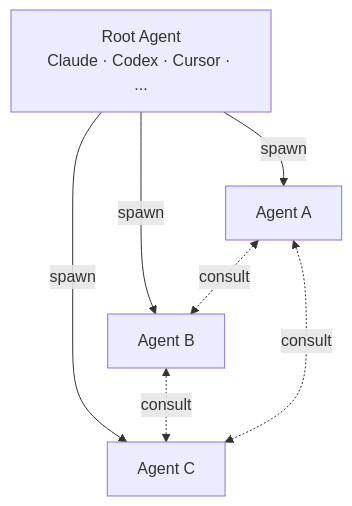
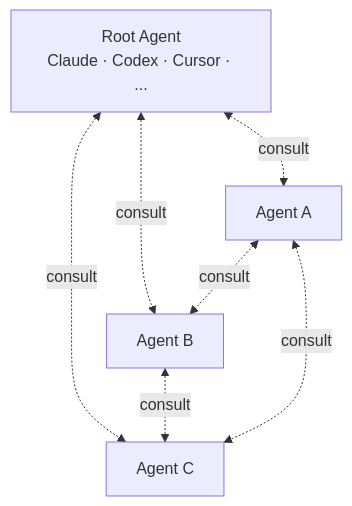
The diagram in docs/index.md (Kord96/kordinate), drawn with Mermaid before and after one commit.

Commit message:
Home diagram: all links are consult, spawning is consulting [scribe]

````diff
--- a/docs/index.md
+++ b/docs/index.md
@@ -5,9 +5,9 @@
 ```mermaid
 flowchart TB
-    ROOT[Root Agent<br/>Claude · Codex · Cursor · ...] -->|spawn| A1[Agent A]
-    ROOT -->|spawn| A2[Agent B]
-    ROOT -->|spawn| A3[Agent C]
+    ROOT[Root Agent<br/>Claude · Codex · Cursor · ...] <-.->|consult| A1[Agent A]
+    ROOT <-.->|consult| A2[Agent B]
+    ROOT <-.->|consult| A3[Agent C]
     A1 <-.->|consult| A2
     A2 <-.->|consult| A3
     A1 <-.->|consult| A3
 ```
````
